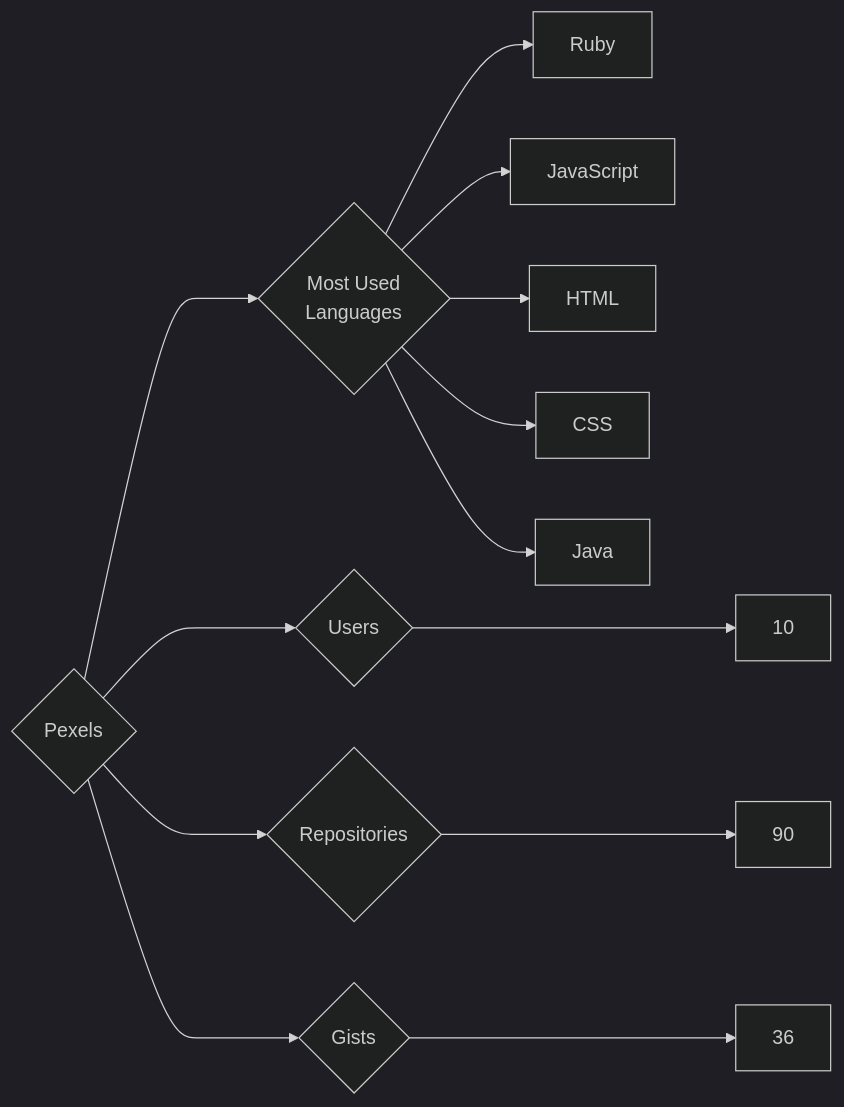
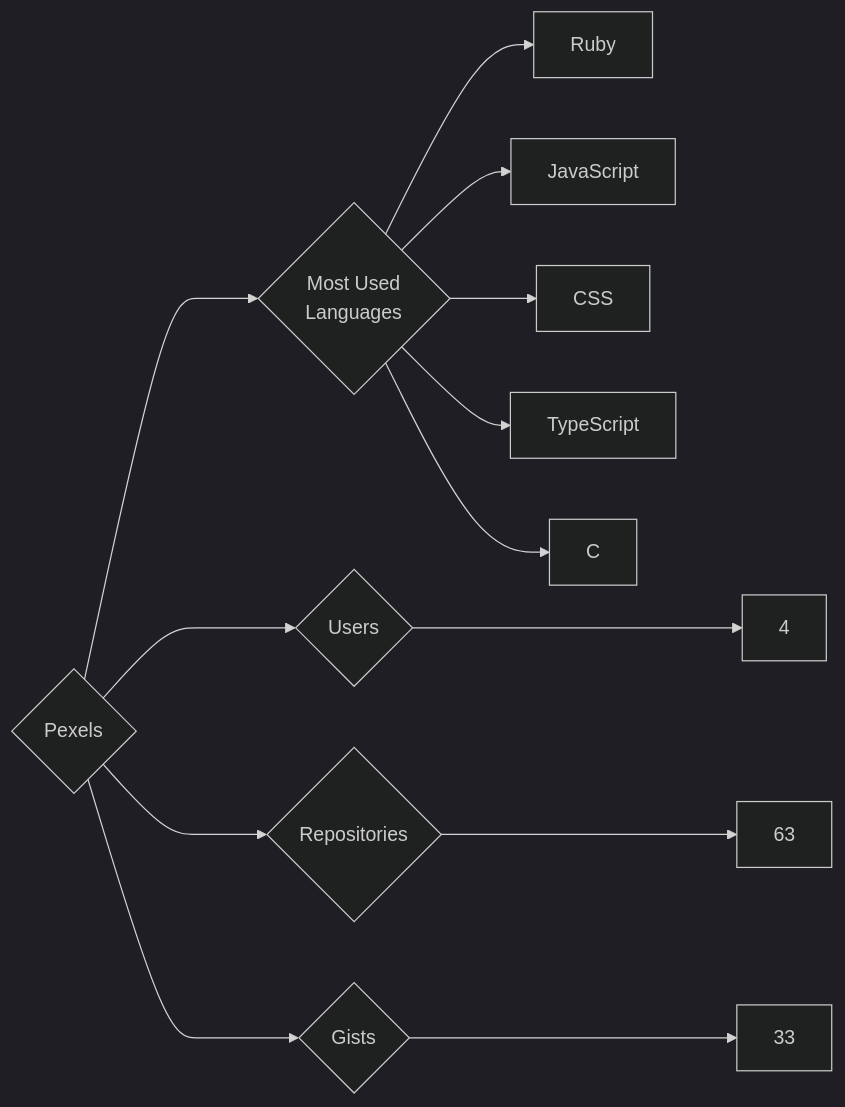
One commit to trickest/insiders changed the diagram in targets/Pexels/README.md. Above: the diagram before and after it, drawn with Mermaid (dark theme). The commit also changed 695 other files, not shown here.

````diff
--- a/targets/Pexels/README.md
+++ b/targets/Pexels/README.md
@@ -3,13 +3,13 @@
 ```mermaid
 graph LR
 COMPANY_NAME{Pexels}
-COMPANY_NAME ---> U{Users} ---> UN[10]
-COMPANY_NAME ---> R{Repositories} ---> RN[90]
-COMPANY_NAME ---> G{Gists} ---> GN[36]
+COMPANY_NAME ---> U{Users} ---> UN[4]
+COMPANY_NAME ---> R{Repositories} ---> RN[63]
+COMPANY_NAME ---> G{Gists} ---> GN[33]
 COMPANY_NAME ---> ML{Most Used<br>Languages}
 ML --> Ruby[Ruby]
 ML --> JavaScript[JavaScript]
-ML --> HTML[HTML]
 ML --> CSS[CSS]
-ML --> Java[Java]
+ML --> TypeScript[TypeScript]
+ML --> C[C]
 ```
````
